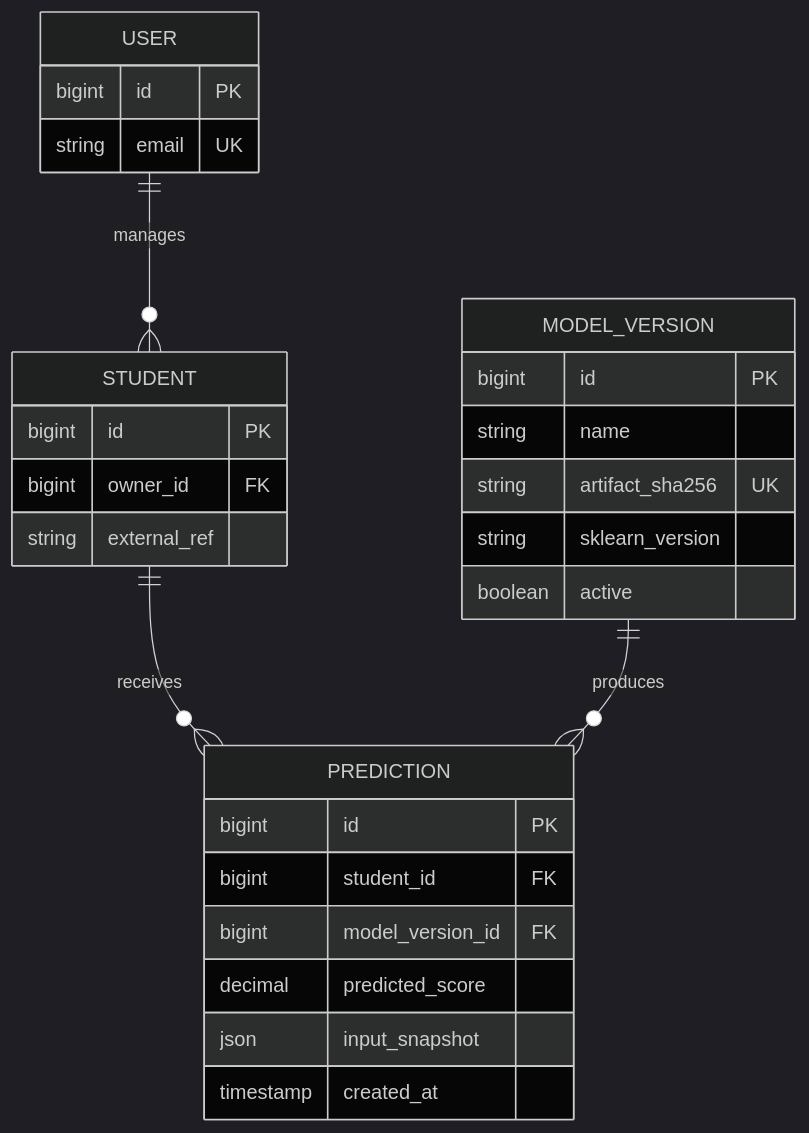
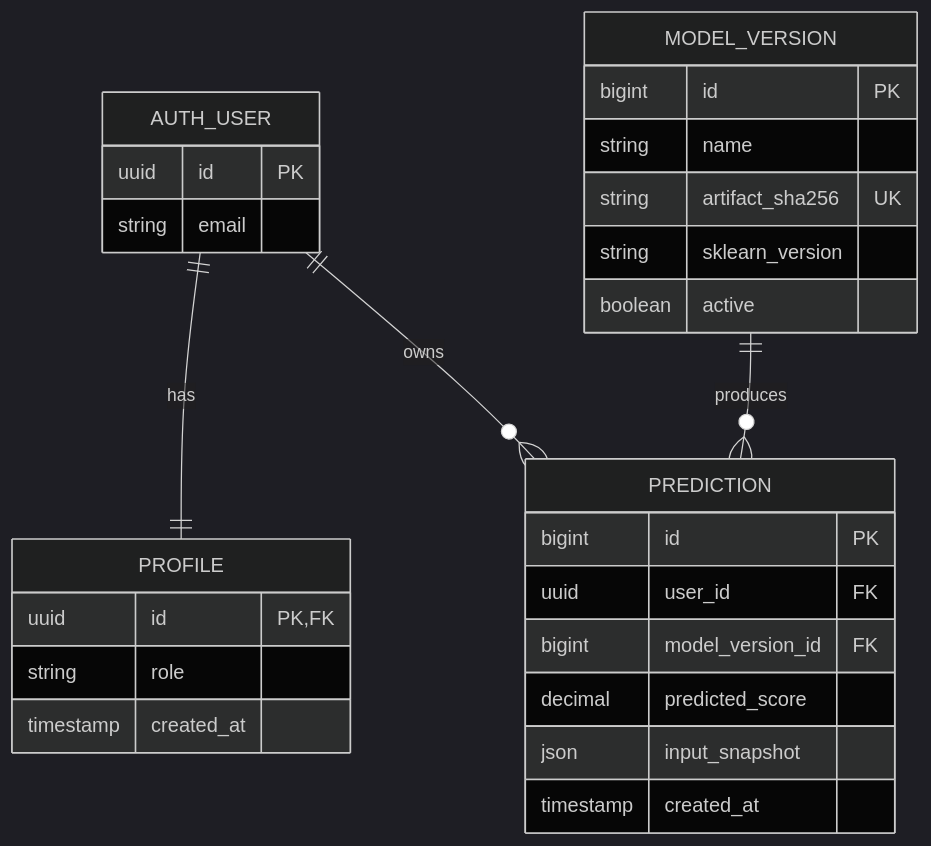
Before and after one commit to Nick-ulrich2/STUDENT_PERFORMANCE_PREDICTOR: the second of 2 diagrams in PROJECT_HANDOFF_AND_LEARNING_GUIDE.md, drawn with Mermaid (dark theme). The commit also changed other lines of this file and 4 other files, not shown here.

````diff
--- a/PROJECT_HANDOFF_AND_LEARNING_GUIDE.md
+++ b/PROJECT_HANDOFF_AND_LEARNING_GUIDE.md
@@ -254,30 +256,30 @@
 ```mermaid
 erDiagram
-    USER ||--o{ STUDENT : manages
-    STUDENT ||--o{ PREDICTION : receives
+    AUTH_USER ||--|| PROFILE : has
+    AUTH_USER ||--o{ PREDICTION : owns
     MODEL_VERSION ||--o{ PREDICTION : produces
-    USER {
-        bigint id PK
-        string email UK
+    AUTH_USER {
+        uuid id PK
+        string email
     }
-    STUDENT {
-        bigint id PK
-        bigint owner_id FK
-        string external_ref
+    PROFILE {
+        uuid id PK, FK
+        string role
+        timestamp created_at
     }
     MODEL_VERSION {
         bigint id PK
         string name
         string artifact_sha256 UK
         string sklearn_version
         boolean active
     }
     PREDICTION {
         bigint id PK
-        bigint student_id FK
+        uuid user_id FK
         bigint model_version_id FK
         decimal predicted_score
         json input_snapshot
         timestamp created_at
     }
 ```
````
